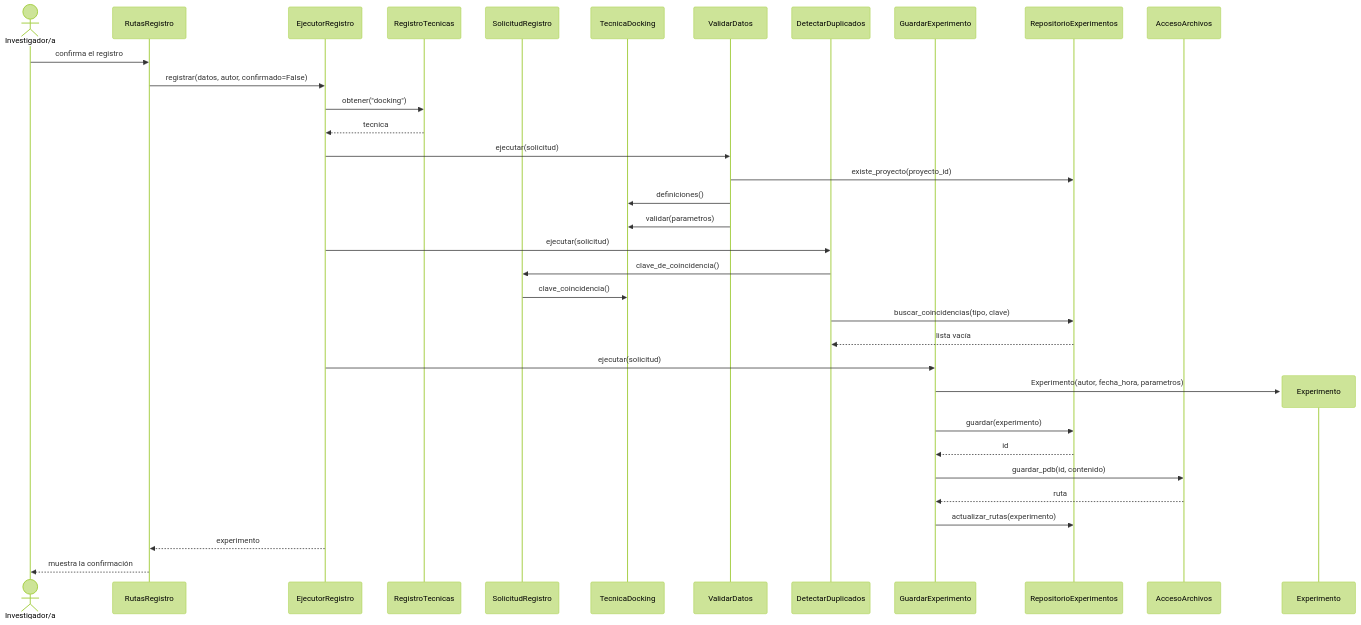
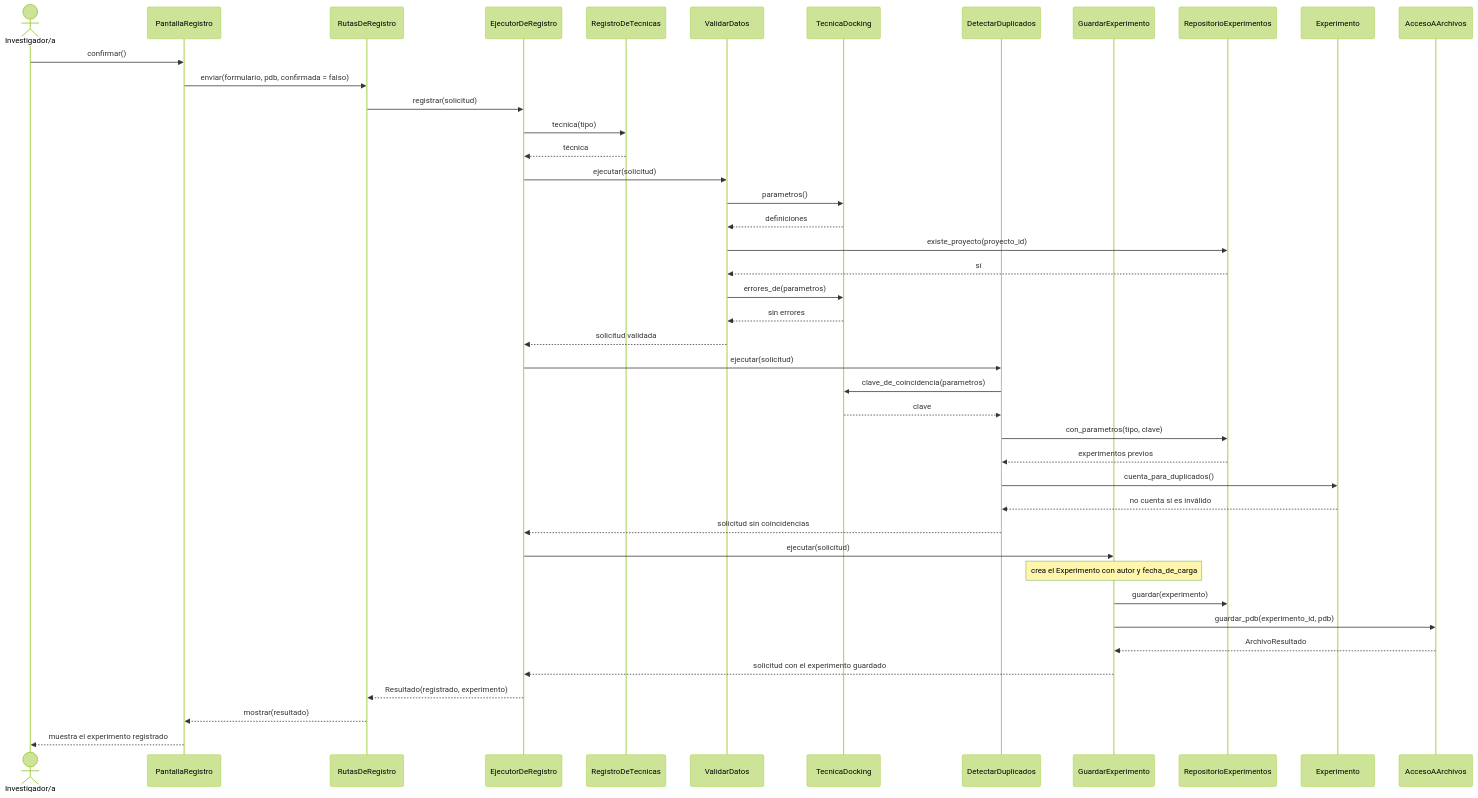
Before and after one commit to juliana203/cosas-mias: the second of 5 diagrams in diseno-detallado.md, drawn with Mermaid (forest theme). The commit also changed other lines of this file, not shown here.

````diff
--- a/diseno-detallado.md
+++ b/diseno-detallado.md
@@ -198,37 +215,45 @@
 ```mermaid
 sequenceDiagram
     actor Inv as Investigador/a
-    participant RR as RutasRegistro
-    participant EJ as EjecutorRegistro
-    participant RT as RegistroTecnicas
-    participant SR as SolicitudRegistro
+    participant PR as PantallaRegistro
+    participant RR as RutasDeRegistro
+    participant E as EjecutorDeRegistro
+    participant RT as RegistroDeTecnicas
+    participant V as ValidarDatos
     participant T as TecnicaDocking
-    participant VD as ValidarDatos
-    participant DD as DetectarDuplicados
-    participant GE as GuardarExperimento
-    participant REP as RepositorioExperimentos
-    participant AA as AccesoArchivos
-    Inv->>RR: confirma el registro
-    RR->>EJ: registrar(datos, autor, confirmado=False)
-    EJ->>RT: obtener("docking")
-    RT-->>EJ: tecnica
-    EJ->>VD: ejecutar(solicitud)
-    VD->>REP: existe_proyecto(proyecto_id)
-    VD->>T: definiciones()
-    VD->>T: validar(parametros)
-    EJ->>DD: ejecutar(solicitud)
-    DD->>SR: clave_de_coincidencia()
-    SR->>T: clave_coincidencia()
-    DD->>REP: buscar_coincidencias(tipo, clave)
-    REP-->>DD: lista vacía
-    EJ->>GE: ejecutar(solicitud)
-    create participant E as Experimento
-    GE->>E: Experimento(autor, fecha_hora, parametros)
-    GE->>REP: guardar(experimento)
-    REP-->>GE: id
-    GE->>AA: guardar_pdb(id, contenido)
-    AA-->>GE: ruta
-    GE->>REP: actualizar_rutas(experimento)
-    EJ-->>RR: experimento
-    RR-->>Inv: muestra la confirmación
+    participant D as DetectarDuplicados
+    participant G as GuardarExperimento
+    participant RX as RepositorioExperimentos
+    participant X as Experimento
+    participant AF as AccesoAArchivos
+    Inv->>PR: confirmar()
+    PR->>RR: enviar(formulario, pdb, confirmada = falso)
+    RR->>E: registrar(solicitud)
+    E->>RT: tecnica(tipo)
+    RT-->>E: técnica
+    E->>V: ejecutar(solicitud)
+    V->>T: parametros()
+    T-->>V: definiciones
+    V->>RX: existe_proyecto(proyecto_id)
+    RX-->>V: sí
+    V->>T: errores_de(parametros)
+    T-->>V: sin errores
+    V-->>E: solicitud validada
+    E->>D: ejecutar(solicitud)
+    D->>T: clave_de_coincidencia(parametros)
+    T-->>D: clave
+    D->>RX: con_parametros(tipo, clave)
+    RX-->>D: experimentos previos
+    D->>X: cuenta_para_duplicados()
+    X-->>D: no cuenta si es inválido
+    D-->>E: solicitud sin coincidencias
+    E->>G: ejecutar(solicitud)
+    Note over G: crea el Experimento con autor y fecha_de_carga
+    G->>RX: guardar(experimento)
+    G->>AF: guardar_pdb(experimento_id, pdb)
+    AF-->>G: ArchivoResultado
+    G-->>E: solicitud con el experimento guardado
+    E-->>RR: Resultado(registrado, experimento)
+    RR-->>PR: mostrar(resultado)
+    PR-->>Inv: muestra el experimento registrado
 ```
````
